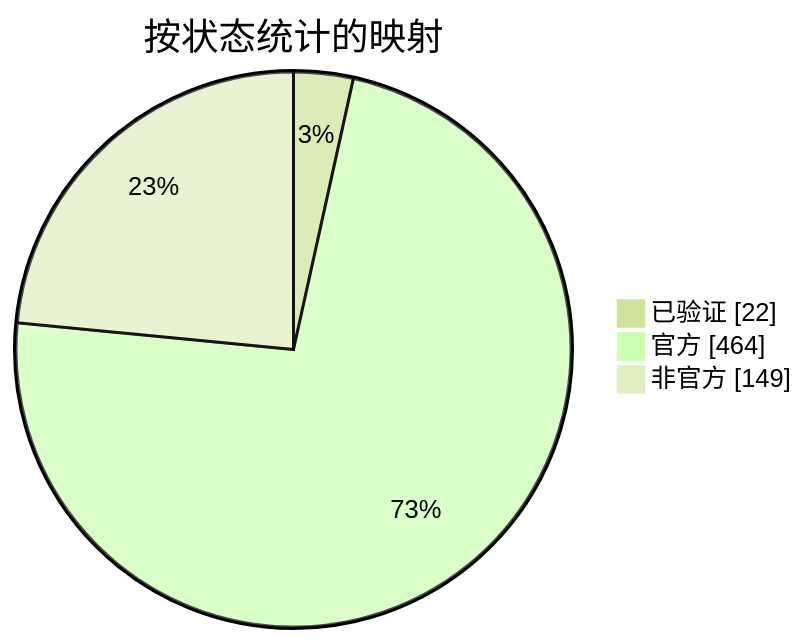
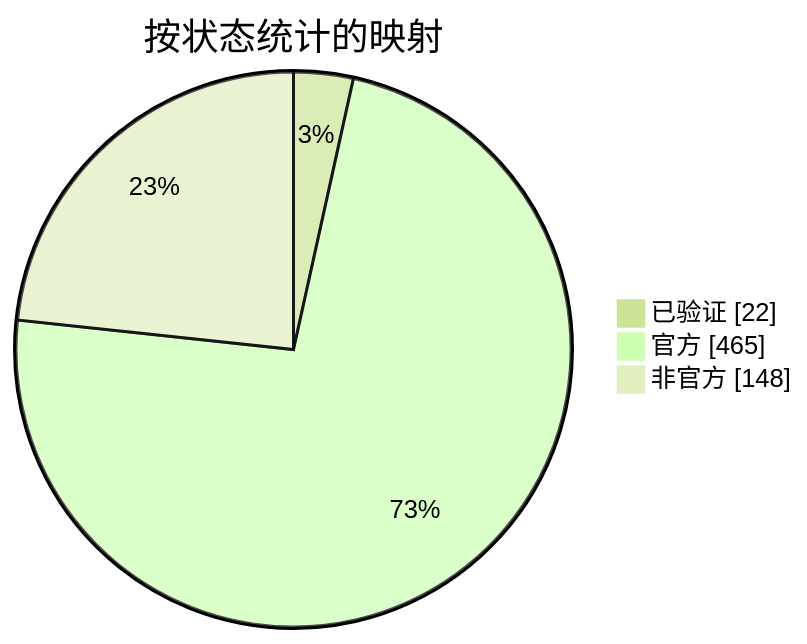
Before and after one commit to nobrega8/mbmap-library: the diagram in docs/readme/README_ZHS.md, drawn with Mermaid (forest theme). The commit also changed 6 other files, not shown here.

````diff
--- a/docs/readme/README_ZHS.md
+++ b/docs/readme/README_ZHS.md
@@ -54,7 +54,7 @@
 ```mermaid
 pie showData
     title 按状态统计的映射
     "已验证" : 22
-    "官方" : 464
-    "非官方" : 149
+    "官方" : 465
+    "非官方" : 148
 ```
````
